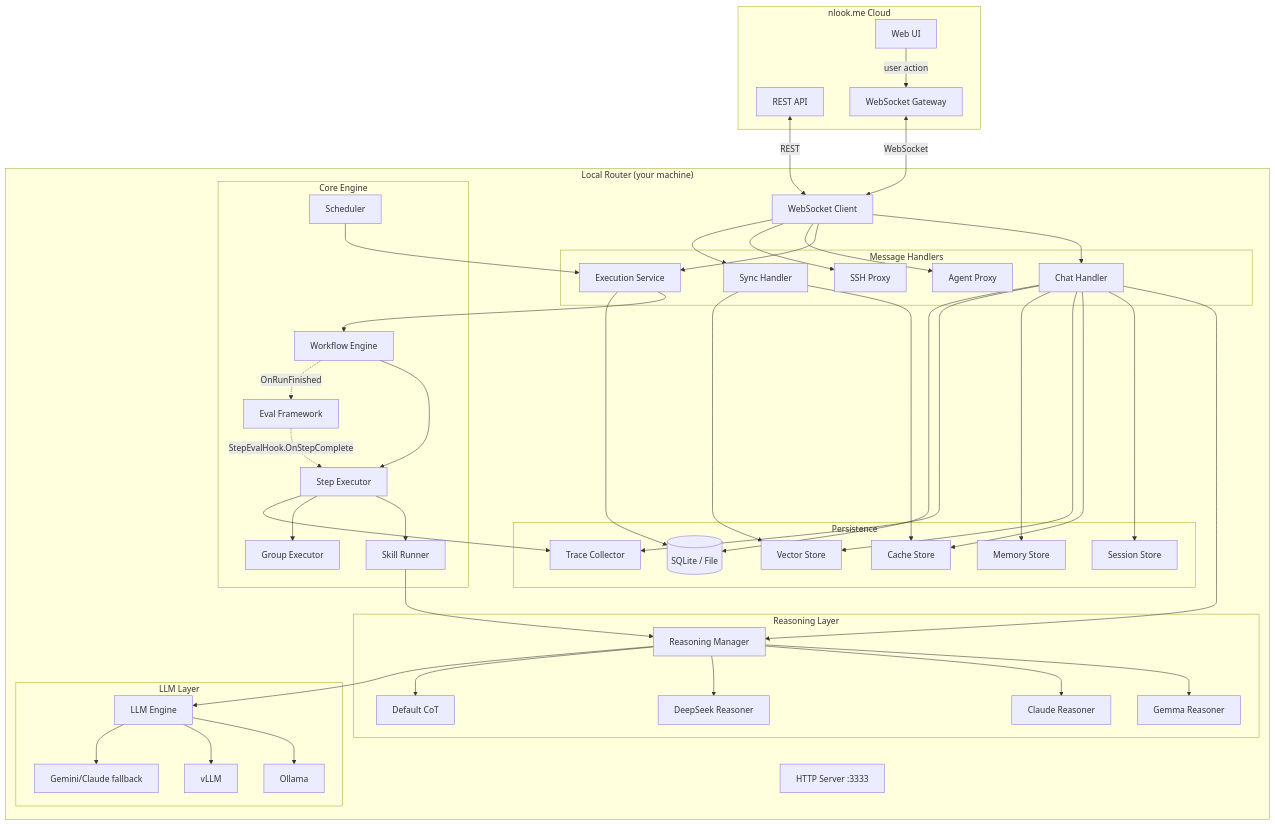
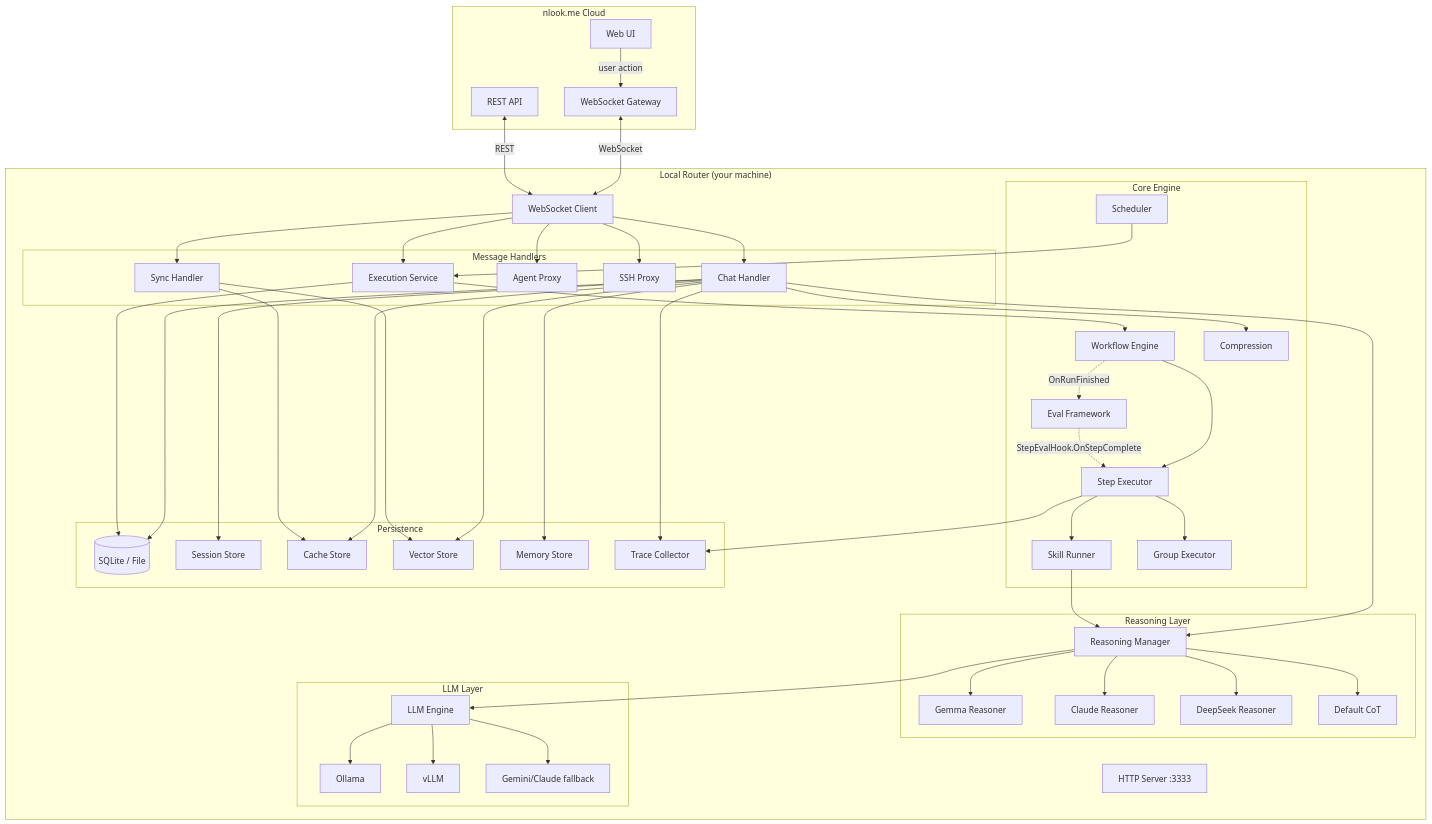
Before and after one commit to nlook-service/nlook-router: the first of 7 diagrams in README.md, drawn with Mermaid. The commit also changed other lines of this file and 8 other files, not shown here.

```diff
--- a/README.md
+++ b/README.md
@@ -61,6 +61,7 @@
             GE[Group Executor]
             SC[Scheduler]
             EV[Eval Framework]
+            CP[Compression]
         end
 
         subgraph Reasoning["Reasoning Layer"]
@@ -96,6 +97,7 @@
 
     WS --> CH & EX & AH & SH & SY
 
+    CH --> CP
     CH --> RM
     CH --> SS & CS & VS & MS
     EX --> WE
```
